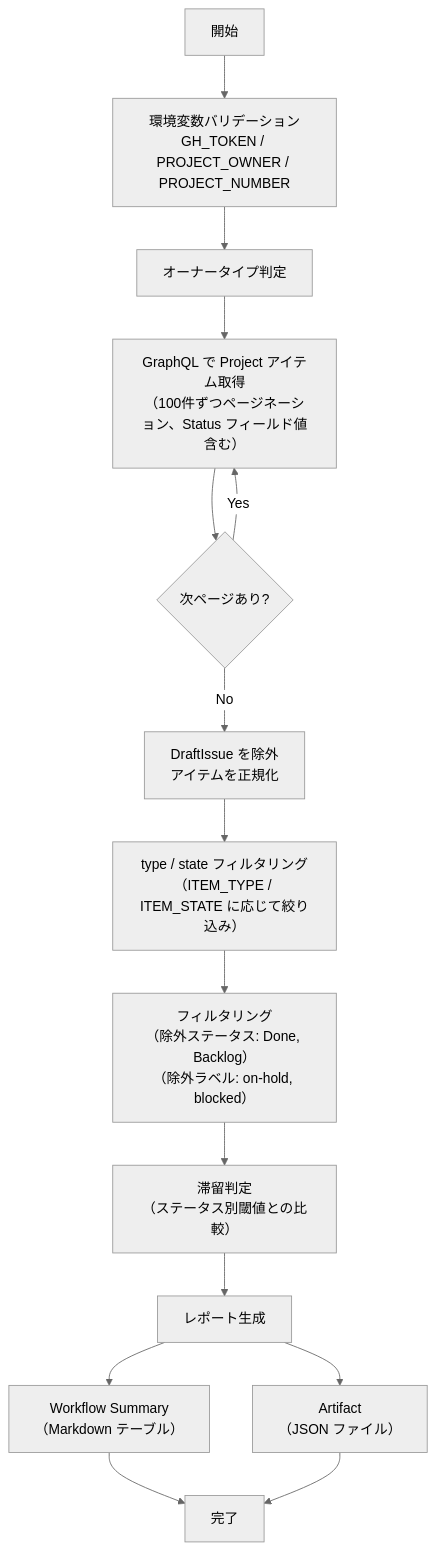
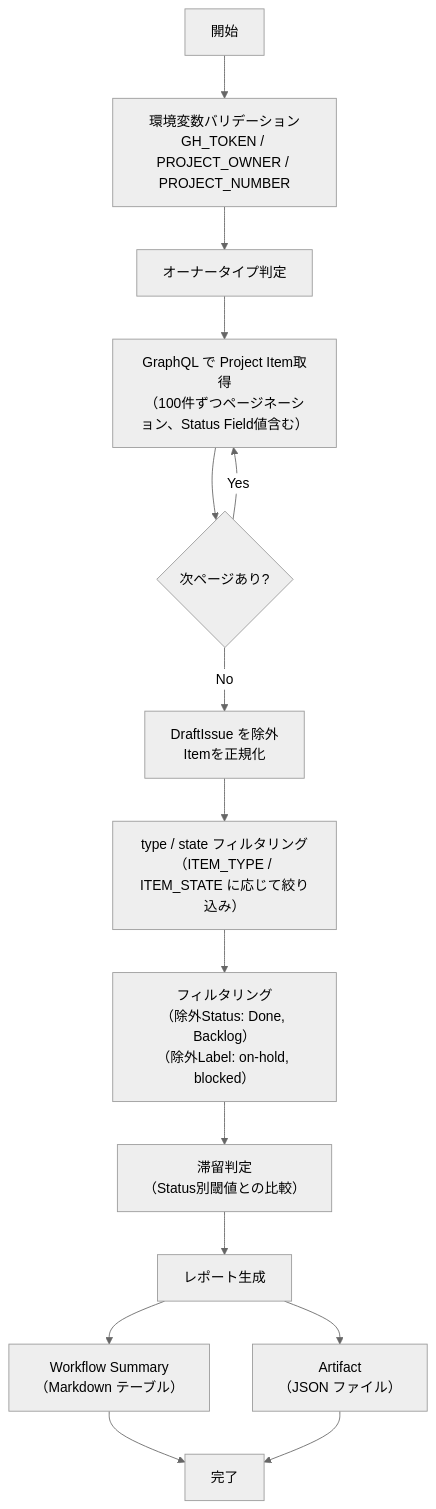
One commit to lurest-inc/github-projects-ops-kit changed the diagram in docs/scripts/detect-stale-items.md. Above: the diagram before and after it, drawn with Mermaid (neutral theme). The commit also changed other lines of this file and 23 other files, not shown here.

````diff
--- a/docs/scripts/detect-stale-items.md
+++ b/docs/scripts/detect-stale-items.md
@@ -49,17 +49,17 @@
 ```mermaid
 flowchart TD
     A["開始"] --> B["環境変数バリデーション\nGH_TOKEN / PROJECT_OWNER / PROJECT_NUMBER"]
     B --> C["オーナータイプ判定"]
-    C --> D["GraphQL で Project アイテム取得\n（100件ずつページネーション、Status フィールド値含む）"]
+    C --> D["GraphQL で Project Item取得\n（100件ずつページネーション、Status Field値含む）"]
     D --> E{"次ページあり?"}
     E -- "Yes" --> D
-    E -- "No" --> F["DraftIssue を除外\nアイテムを正規化"]
+    E -- "No" --> F["DraftIssue を除外\nItemを正規化"]
 
     F --> G["type / state フィルタリング\n（ITEM_TYPE / ITEM_STATE に応じて絞り込み）"]
-    G --> H["フィルタリング\n（除外ステータス: Done, Backlog）\n（除外ラベル: on-hold, blocked）"]
-    H --> I["滞留判定\n（ステータス別閾値との比較）"]
+    G --> H["フィルタリング\n（除外Status: Done, Backlog）\n（除外Label: on-hold, blocked）"]
+    H --> I["滞留判定\n（Status別閾値との比較）"]
     I --> J["レポート生成"]
     J --> K["Workflow Summary\n（Markdown テーブル）"]
     J --> L["Artifact\n（JSON ファイル）"]
     K & L --> M["完了"]
 ```
````
